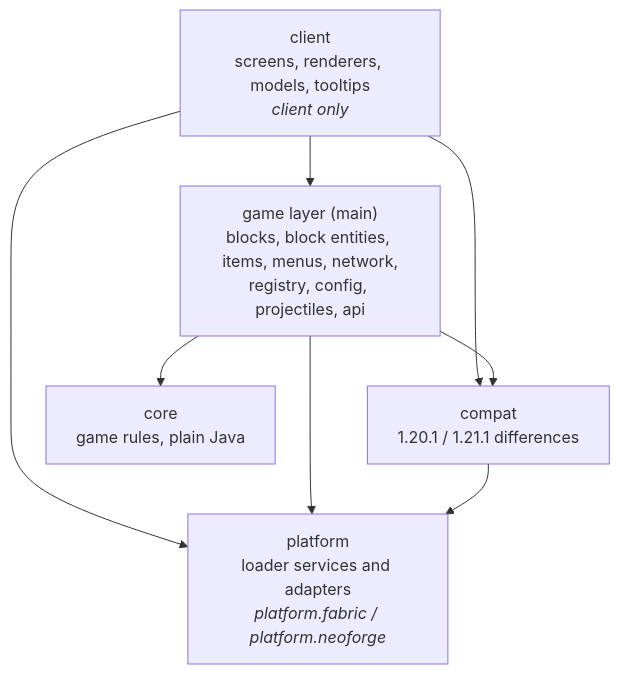
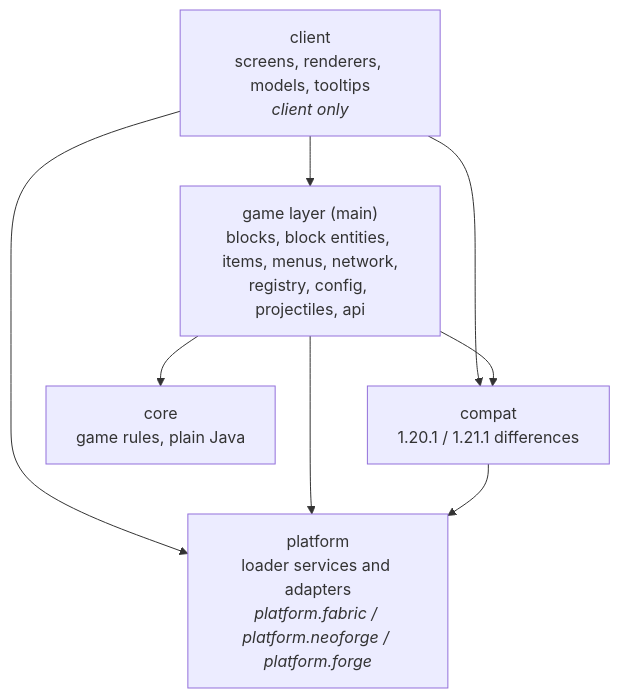
One commit to OpenModularTurretsTeam/OpenModularTurrets changed the diagram in docs/architecture.md. Above: the diagram before and after it, drawn with Mermaid. The commit also changed other lines of this file and 37 other files, not shown here.

````diff
--- a/docs/architecture.md
+++ b/docs/architecture.md
@@ -19,15 +19,15 @@
 ```mermaid
 flowchart TB
     client["client<br/>screens, renderers, models, tooltips<br/><i>client only</i>"]
     game["game layer (main)<br/>blocks, block entities, items, menus, network,<br/>registry, config, projectiles, api"]
     compat["compat<br/>1.20.1 / 1.21.1 differences"]
-    platform["platform<br/>loader services and adapters<br/><i>platform.fabric / platform.neoforge</i>"]
+    platform["platform<br/>loader services and adapters<br/><i>platform.fabric / platform.neoforge / platform.forge</i>"]
     core["core<br/>game rules, plain Java"]
     client --> game
     client --> compat
     client --> platform
     game --> compat
     game --> platform
     compat --> platform
     game --> core
 ```
````
